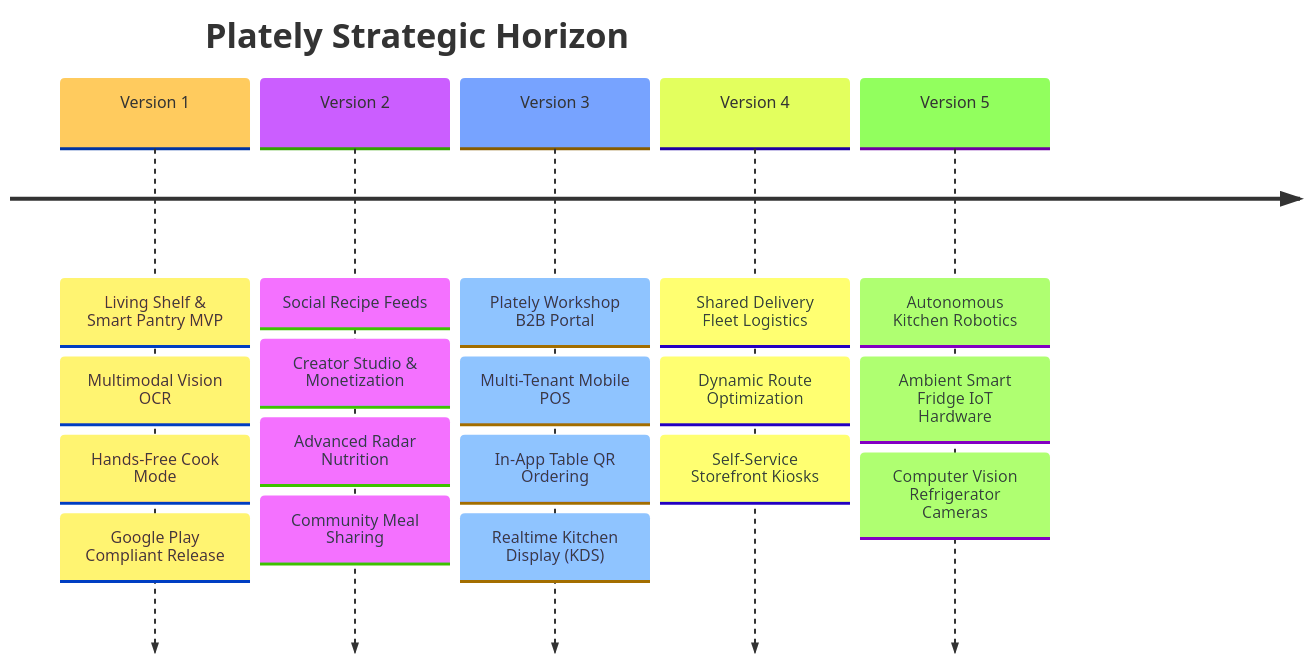
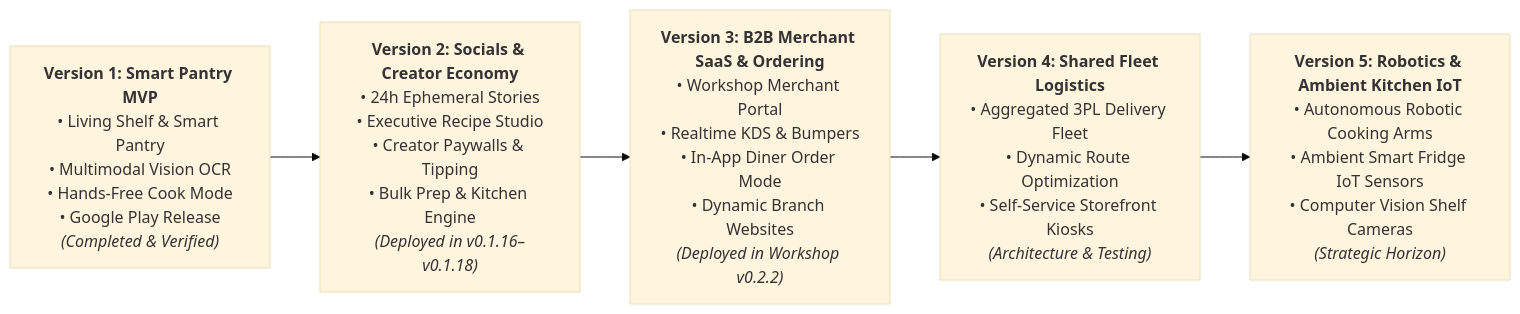
One commit to shukurillo0526/Plately changed the fifth of 5 diagrams in docs/ECOSYSTEM.md. Above: the diagram before and after it, drawn with Mermaid (base theme). The commit also changed other lines of this file and 1 other file, not shown here.

````diff
--- a/docs/ECOSYSTEM.md
+++ b/docs/ECOSYSTEM.md
@@ -230,9 +280,10 @@
 ```mermaid
-timeline
-    title Plately Strategic Horizon
-    Version 1 : Living Shelf & Smart Pantry MVP : Multimodal Vision OCR : Hands-Free Cook Mode : Google Play Compliant Release
-    Version 2 : Social Recipe Feeds : Creator Studio & Monetization : Advanced Radar Nutrition : Community Meal Sharing
-    Version 3 : Plately Workshop B2B Portal : Multi-Tenant Mobile POS : In-App Table QR Ordering : Realtime Kitchen Display (KDS)
-    Version 4 : Shared Delivery Fleet Logistics : Dynamic Route Optimization : Self-Service Storefront Kiosks
-    Version 5 : Autonomous Kitchen Robotics : Ambient Smart Fridge IoT Hardware : Computer Vision Refrigerator Cameras
+flowchart LR
+    V1["<b>Version 1: Smart Pantry MVP</b><br/>• Living Shelf & Smart Pantry<br/>• Multimodal Vision OCR<br/>• Hands-Free Cook Mode<br/>• Google Play Release<br/><i>(Completed & Verified)</i>"]
+    V2["<b>Version 2: Socials & Creator Economy</b><br/>• 24h Ephemeral Stories<br/>• Executive Recipe Studio<br/>• Creator Paywalls & Tipping<br/>• Bulk Prep & Kitchen Engine<br/><i>(Deployed in v0.1.16–v0.1.18)</i>"]
+    V3["<b>Version 3: B2B Merchant SaaS & Ordering</b><br/>• Workshop Merchant Portal<br/>• Realtime KDS & Bumpers<br/>• In-App Diner Order Mode<br/>• Dynamic Branch Websites<br/><i>(Deployed in Workshop v0.2.2)</i>"]
+    V4["<b>Version 4: Shared Fleet Logistics</b><br/>• Aggregated 3PL Delivery Fleet<br/>• Dynamic Route Optimization<br/>• Self-Service Storefront Kiosks<br/><i>(Architecture & Testing)</i>"]
+    V5["<b>Version 5: Robotics & Ambient Kitchen IoT</b><br/>• Autonomous Robotic Cooking Arms<br/>• Ambient Smart Fridge IoT Sensors<br/>• Computer Vision Shelf Cameras<br/><i>(Strategic Horizon)</i>"]
+
+    V1 --> V2 --> V3 --> V4 --> V5
 ```
````
